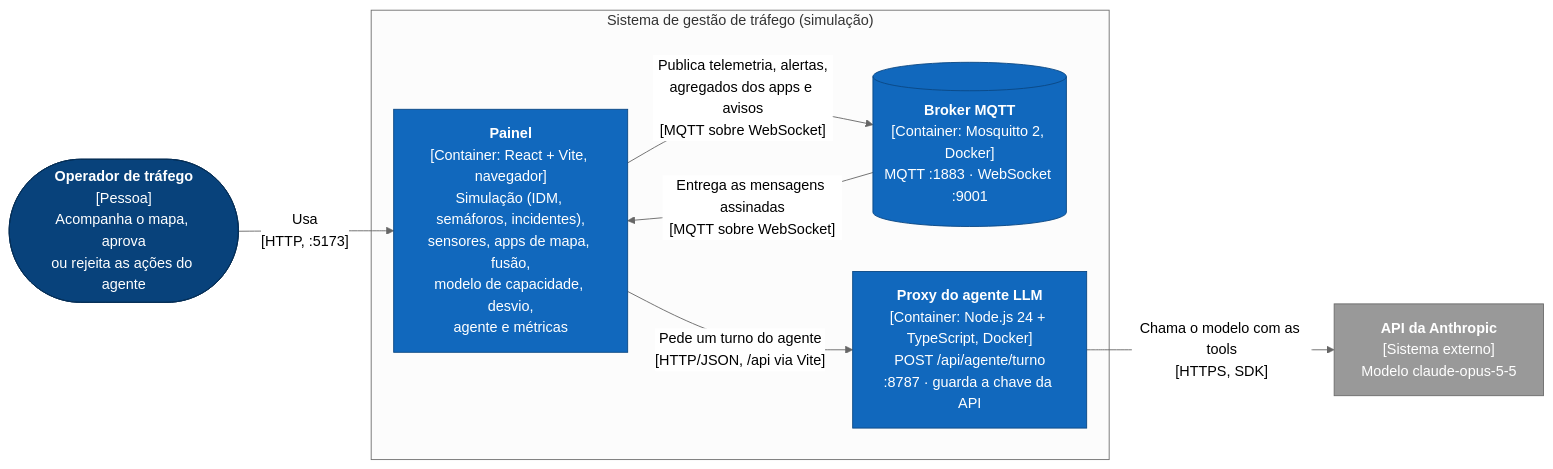
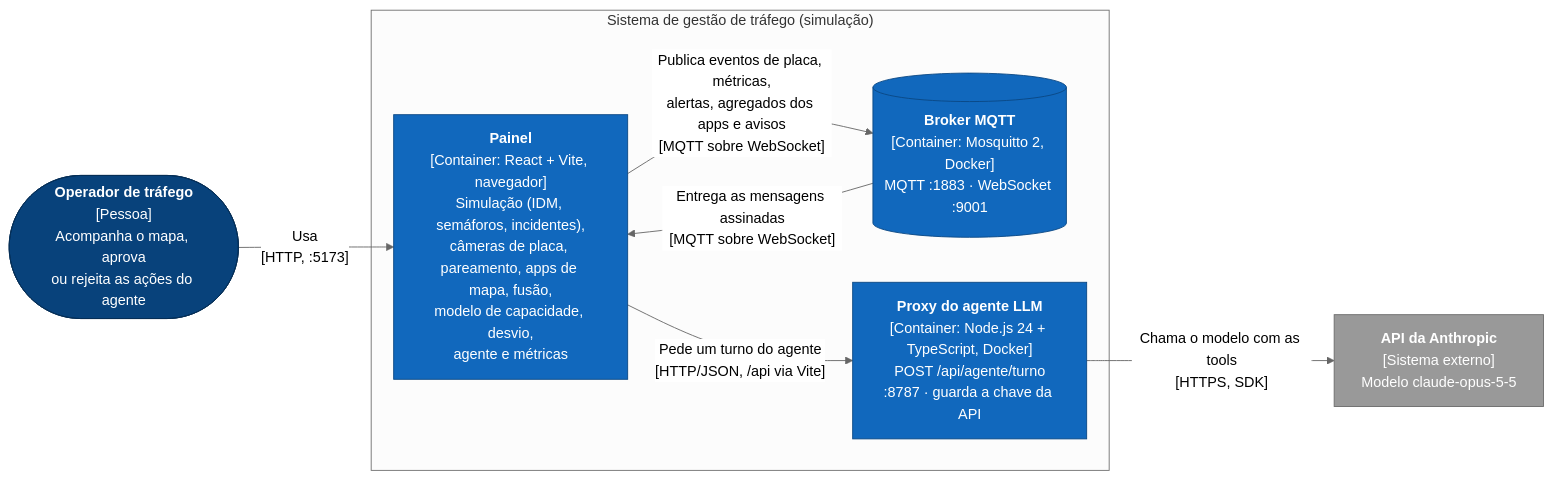
Before and after one commit to EdsonHenrique96/global-solution-2: the third of 3 diagrams in 2TIAO/GLOBAL-SOLUTION-2/GETTING_STARTED.md, drawn with Mermaid (neutral theme). The commit also changed other lines of this file and 50 other files, not shown here.

````diff
--- a/2TIAO/GLOBAL-SOLUTION-2/GETTING_STARTED.md
+++ b/2TIAO/GLOBAL-SOLUTION-2/GETTING_STARTED.md
@@ -97,25 +99,25 @@
 ```mermaid
 flowchart LR
     operador(["<b>Operador de tráfego</b><br/>[Pessoa]<br/>Acompanha o mapa, aprova<br/>ou rejeita as ações do agente"])
 
     subgraph sistema["Sistema de gestão de tráfego (simulação)"]
-        painel["<b>Painel</b><br/>[Container: React + Vite, navegador]<br/>Simulação (IDM, semáforos, incidentes),<br/>sensores, apps de mapa, fusão,<br/>modelo de capacidade, desvio,<br/>agente e métricas"]
+        painel["<b>Painel</b><br/>[Container: React + Vite, navegador]<br/>Simulação (IDM, semáforos, incidentes),<br/>câmeras de placa, pareamento, apps de mapa, fusão,<br/>modelo de capacidade, desvio,<br/>agente e métricas"]
         broker[("<b>Broker MQTT</b><br/>[Container: Mosquitto 2, Docker]<br/>MQTT :1883 · WebSocket :9001")]
         proxy["<b>Proxy do agente LLM</b><br/>[Container: Node.js 24 + TypeScript, Docker]<br/>POST /api/agente/turno<br/>:8787 · guarda a chave da API"]
     end
 
     llm["<b>API da Anthropic</b><br/>[Sistema externo]<br/>Modelo claude-opus-5-5"]
 
     operador -- "Usa<br/>[HTTP, :5173]" --> painel
-    painel -- "Publica telemetria, alertas,<br/>agregados dos apps e avisos<br/>[MQTT sobre WebSocket]" --> broker
+    painel -- "Publica eventos de placa, métricas,<br/>alertas, agregados dos apps e avisos<br/>[MQTT sobre WebSocket]" --> broker
     broker -- "Entrega as mensagens assinadas<br/>[MQTT sobre WebSocket]" --> painel
     painel -- "Pede um turno do agente<br/>[HTTP/JSON, /api via Vite]" --> proxy
     proxy -- "Chama o modelo com as tools<br/>[HTTPS, SDK]" --> llm
 
     classDef person fill:#08427b,stroke:#052e56,color:#fff
     classDef container fill:#1168bd,stroke:#0b4884,color:#fff
     classDef external fill:#999,stroke:#6b6b6b,color:#fff
     class operador person
     class painel,broker,proxy container
     class llm external
 ```
````
